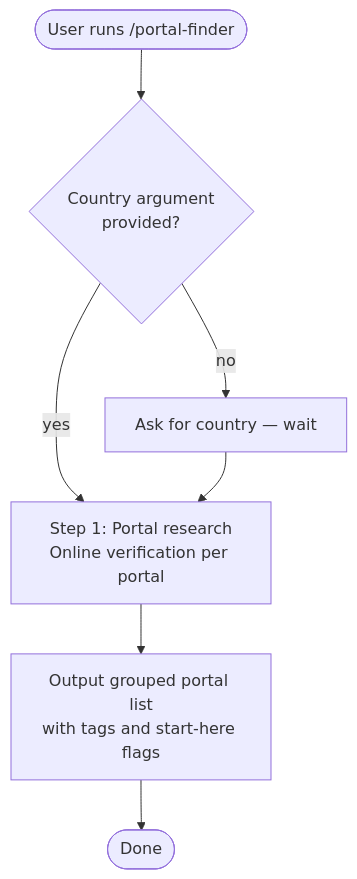
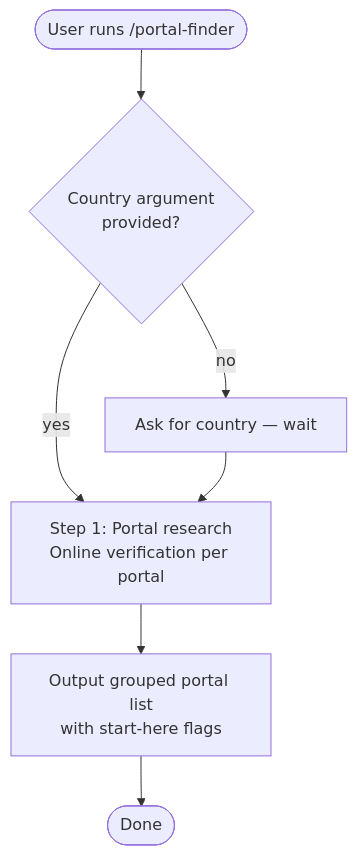
The diagram in docs/commands/portal-finder.md (myowinthein/agent-compass), drawn with Mermaid before and after one commit. The commit also changed other lines of this file and 5 other files, not shown here.

First line of the commit message:
feat(portal-finder): simplify groups, add portal URLs, drop verified tags

````diff
--- a/docs/commands/portal-finder.md
+++ b/docs/commands/portal-finder.md
@@ -23,10 +23,10 @@
 ```mermaid
 flowchart TD
   Start([User runs /portal-finder]) --> CountryCheck{Country argument\nprovided?}
   CountryCheck -->|yes| S1
   CountryCheck -->|no| AskCountry[Ask for country — wait]
   AskCountry --> S1
 
-  S1[Step 1: Portal research\nOnline verification per portal] --> Output[Output grouped portal list\nwith tags and start-here flags]
+  S1[Step 1: Portal research\nOnline verification per portal] --> Output[Output grouped portal list\nwith start-here flags]
   Output --> Done([Done])
 ```
````
